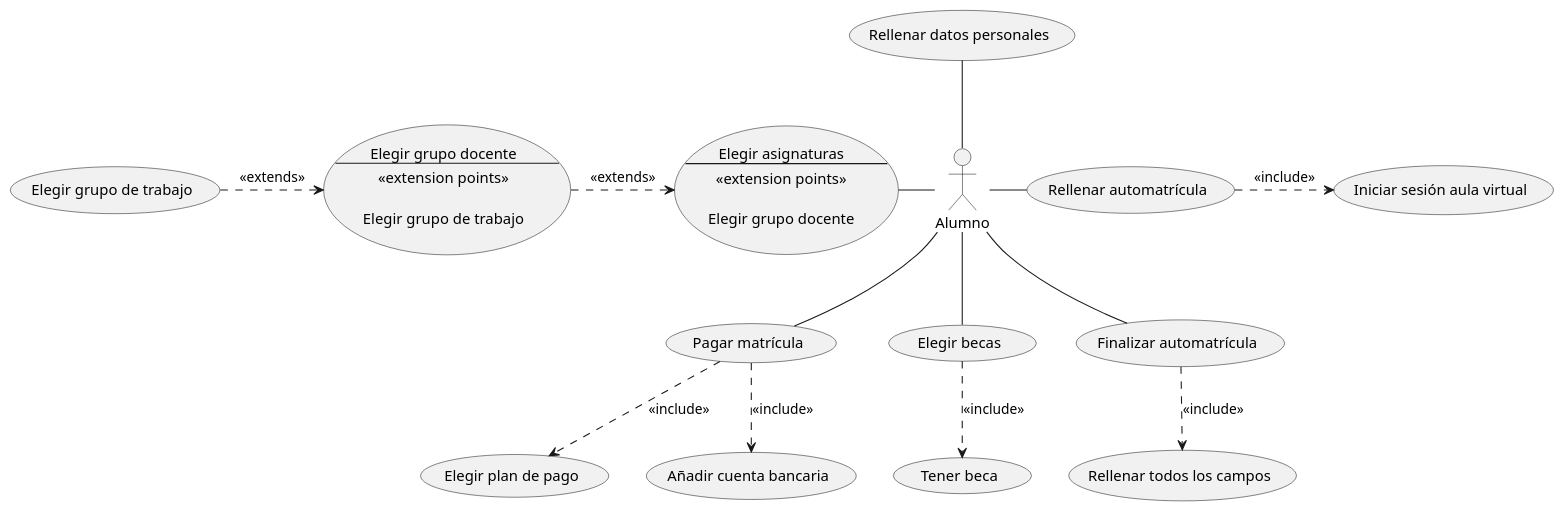
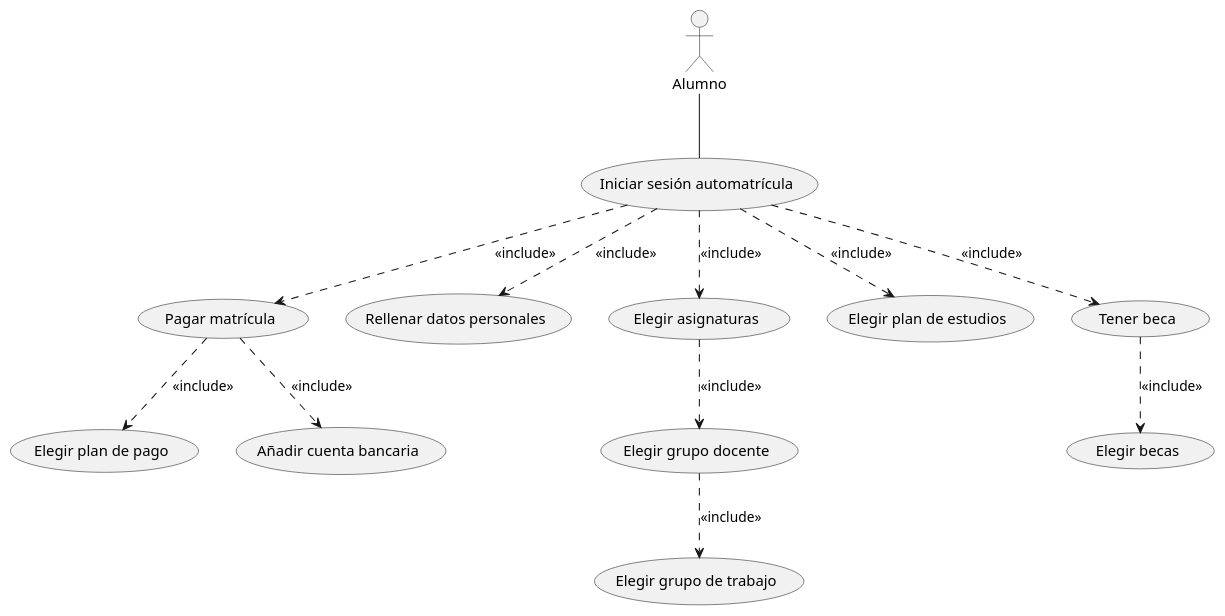
The diagram in lab0/pumls/supuestoGD.puml (javimlopez/INRE-UAL-Azul-2022), drawn with PlantUML before and after one commit.

Commit message:
Corregido el supuesto GD

```diff
--- a/lab0/pumls/supuestoGD.puml
+++ b/lab0/pumls/supuestoGD.puml
@@ -2,32 +2,25 @@
 @startuml
 
 actor Alumno as al
-usecase RA as "Rellenar automatrícula"
 usecase PM as "Pagar matrícula"
-usecase EA as "Elegir asignaturas
-----
-<<extension points>>
-
-Elegir grupo docente"
 usecase EB as "Elegir becas"
-usecase FA as "Finalizar automatrícula"
 usecase RP as "Rellenar datos personales"
-usecase ED as "Elegir grupo docente
-----
-<<extension points>>
-
-Elegir grupo de trabajo"
+usecase ED as "Elegir grupo docente"
+usecase ET as "Elegir grupo de trabajo"
+usecase EA as "Elegir asignaturas"
+usecase IS as "Iniciar sesión automatrícula"
+usecase EP as "Elegir plan de estudios"
+usecase TB as "Tener beca"
+al -- IS
+IS ..> EP#line.dashed;text:black : <<include>>
+IS ..> RP#line.dashed;text:black : <<include>>
+IS ..> EA#line.dashed;text:black : <<include>>
+IS ..> TB#line.dashed;text:black : <<include>>
+IS ..> PM#line.dashed;text:black : <<include>>
 PM ..> (Elegir plan de pago)#line.dashed;text:black : <<include>>
 PM ..> (Añadir cuenta bancaria)#line.dashed;text:black : <<include>>
-RA .right.> (Iniciar sesión aula virtual)#line.dashed;text:black : <<include>>
-FA ..> (Rellenar todos los campos)#line.dashed;text:black : <<include>>
-EB ..> (Tener beca)#line.dashed;text:black : <<include>>
-EA <.left. ED#line.dashed;text:black : <<extends>>
-ED <.left. (Elegir grupo de trabajo)#line.dashed;text:black : <<extends>>
-al -left- EA
-al -- EB
-al -- FA
-al -right- RA
-al -up- RP
-al -- PM
+TB ..> EB#line.dashed;text:black : <<include>>
+EA ..> ED#line.dashed;text:black : <<include>>
+ED ..> ET#line.dashed;text:black : <<include>>
+
 @enduml
```
